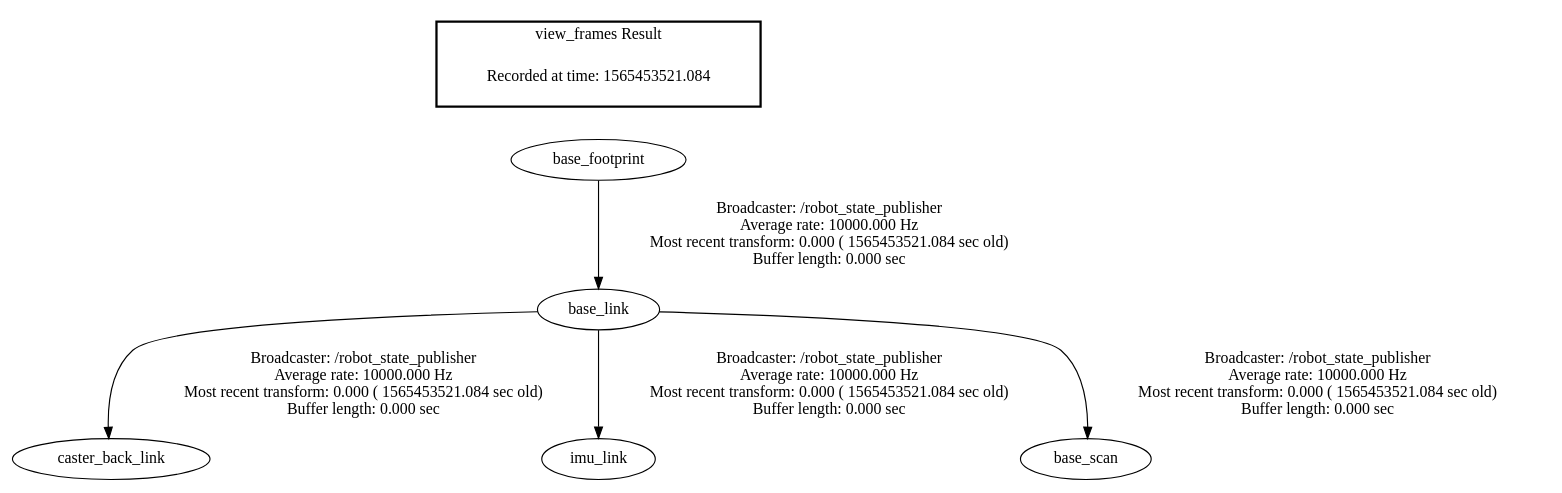
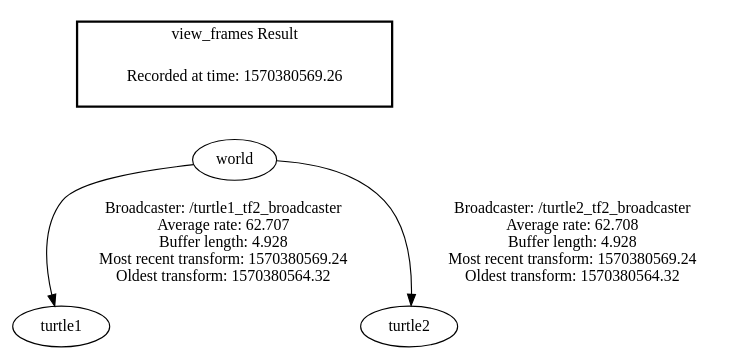
Before and after one commit to campusrover/cosi119a: the diagram in frames.gv, drawn with Graphviz. The commit also changed 2 other files, not shown here.

```diff
--- a/frames.gv
+++ b/frames.gv
@@ -1,10 +1,8 @@
 digraph G {
-"base_footprint" -> "base_link"[label="Broadcaster: /robot_state_publisher\nAverage rate: 10000.000 Hz\nMost recent transform: 0.000 ( 1565453521.084 sec old)\nBuffer length: 0.000 sec\n"];
-"base_link" -> "caster_back_link"[label="Broadcaster: /robot_state_publisher\nAverage rate: 10000.000 Hz\nMost recent transform: 0.000 ( 1565453521.084 sec old)\nBuffer length: 0.000 sec\n"];
-"base_link" -> "imu_link"[label="Broadcaster: /robot_state_publisher\nAverage rate: 10000.000 Hz\nMost recent transform: 0.000 ( 1565453521.084 sec old)\nBuffer length: 0.000 sec\n"];
-"base_link" -> "base_scan"[label="Broadcaster: /robot_state_publisher\nAverage rate: 10000.000 Hz\nMost recent transform: 0.000 ( 1565453521.084 sec old)\nBuffer length: 0.000 sec\n"];
+"world" -> "turtle1"[label=" Broadcaster: /turtle1_tf2_broadcaster\nAverage rate: 62.707\nBuffer length: 4.928\nMost recent transform: 1570380569.24\nOldest transform: 1570380564.32\n"];
+"world" -> "turtle2"[label=" Broadcaster: /turtle2_tf2_broadcaster\nAverage rate: 62.708\nBuffer length: 4.928\nMost recent transform: 1570380569.24\nOldest transform: 1570380564.32\n"];
 edge [style=invis];
  subgraph cluster_legend { style=bold; color=black; label ="view_frames Result";
-"Recorded at time: 1565453521.084"[ shape=plaintext ] ;
- }->"base_footprint";
+"Recorded at time: 1570380569.26"[ shape=plaintext ] ;
+}->"world";
 }
```
